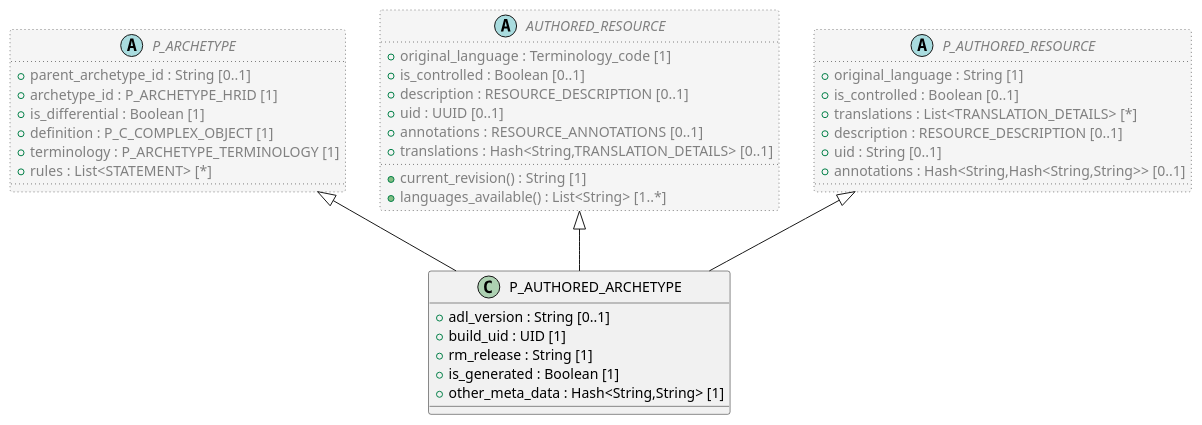
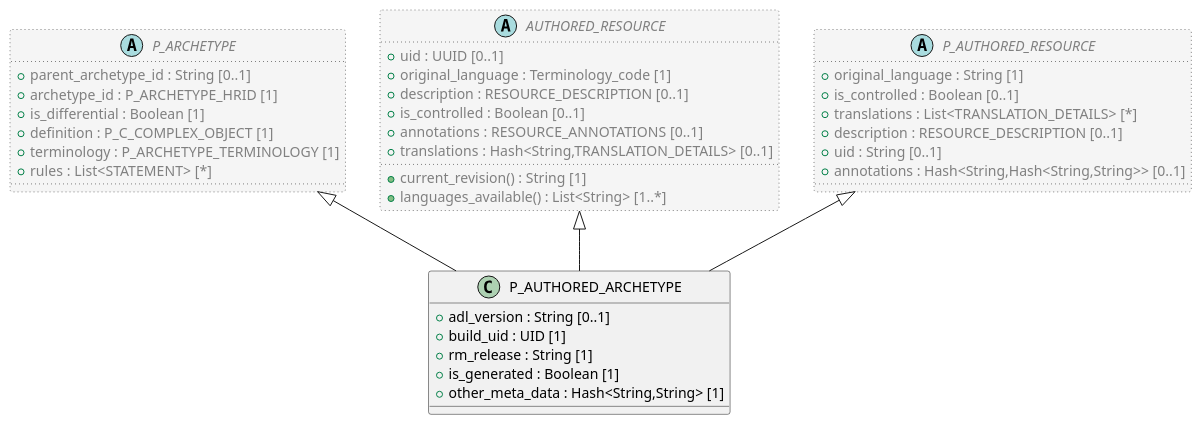
Before and after one commit to sebastian-iancu/code-generator: the diagram in code/Adoc/openehr_am_2.2.0/plantUML/classes/org.openehr.am.p_aom2.p_authored_archetype.adoc, drawn with PlantUML. The commit also changed other lines of this file and 719 other files, not shown here.

```diff
--- a/code/Adoc/openehr_am_2.2.0/plantUML/classes/org.openehr.am.p_aom2.p_authored_archetype.adoc
+++ b/code/Adoc/openehr_am_2.2.0/plantUML/classes/org.openehr.am.p_aom2.p_authored_archetype.adoc
@@ -1,50 +1,50 @@
 [plantuml,P_AUTHORED_ARCHETYPE,format=svg,svg-type="inline"]
 -----
 @startuml
 
 class P_AUTHORED_ARCHETYPE {
   + adl_version : String [0..1]
   + build_uid : UID [1]
   + rm_release : String [1]
   + is_generated : Boolean [1]
   + other_meta_data : Hash<String,String> [1]
 }
 
 abstract class P_ARCHETYPE  #whitesmoke;line:gray;line.dotted;text:gray {
   + parent_archetype_id : String [0..1]
   + archetype_id : P_ARCHETYPE_HRID [1]
   + is_differential : Boolean [1]
   + definition : P_C_COMPLEX_OBJECT [1]
   + terminology : P_ARCHETYPE_TERMINOLOGY [1]
   + rules : List<STATEMENT> [*]
 }
 
 P_ARCHETYPE <|-- P_AUTHORED_ARCHETYPE
 
 abstract class AUTHORED_RESOURCE  #whitesmoke;line:gray;line.dotted;text:gray {
+  + uid : UUID [0..1]
   + original_language : Terminology_code [1]
+  + description : RESOURCE_DESCRIPTION [0..1]
   + is_controlled : Boolean [0..1]
-  + description : RESOURCE_DESCRIPTION [0..1]
-  + uid : UUID [0..1]
   + annotations : RESOURCE_ANNOTATIONS [0..1]
   + translations : Hash<String,TRANSLATION_DETAILS> [0..1]
   + current_revision() : String [1]
   + languages_available() : List<String> [1..*]
 }
 
 AUTHORED_RESOURCE <|-- P_AUTHORED_ARCHETYPE
 
 abstract class P_AUTHORED_RESOURCE  #whitesmoke;line:gray;line.dotted;text:gray {
   + original_language : String [1]
   + is_controlled : Boolean [0..1]
   + translations : List<TRANSLATION_DETAILS> [*]
   + description : RESOURCE_DESCRIPTION [0..1]
   + uid : String [0..1]
   + annotations : Hash<String,Hash<String,String>> [0..1]
 }
 
 P_AUTHORED_RESOURCE <|-- P_AUTHORED_ARCHETYPE
 
 
 @enduml
 -----
```
